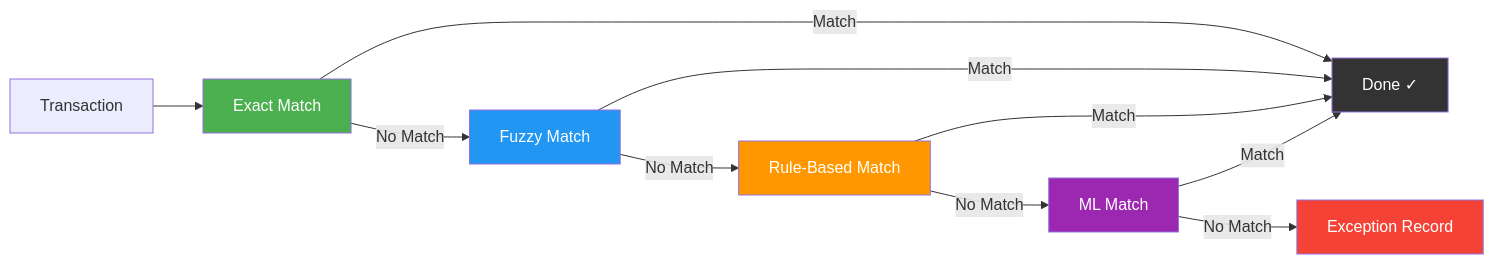
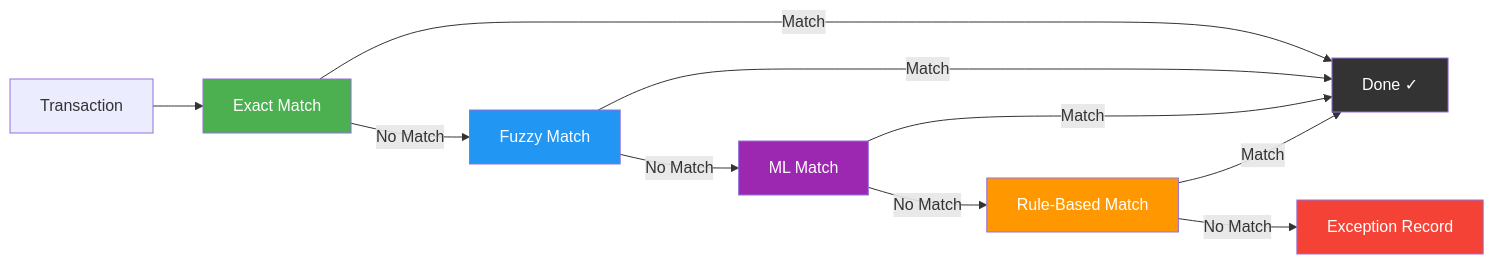
One commit to DynamicKarabo/recon-engine changed the second of 2 diagrams in README.md. Above: the diagram before and after it, drawn with Mermaid. The commit also changed other lines of this file and 4 other files, not shown here.

````diff
--- a/README.md
+++ b/README.md
@@ -165,19 +164,19 @@
 ```mermaid
 flowchart LR
     TX[Transaction] --> EX[Exact Match]
     EX -->|Match| DONE[Done ✓]
     EX -->|No Match| FZ[Fuzzy Match]
     FZ -->|Match| DONE
-    FZ -->|No Match| RB[Rule-Based Match]
+    FZ -->|No Match| ML[ML Match]
+    ML -->|Match| DONE
+    ML -->|No Match| RB[Rule-Based Match]
     RB -->|Match| DONE
-    RB -->|No Match| ML[ML Match]
-    ML -->|Match| DONE
-    ML -->|No Match| EXC[Exception Record]
+    RB -->|No Match| EXC[Exception Record]
 
     style EX fill:#4CAF50,color:#fff
     style FZ fill:#2196F3,color:#fff
+    style ML fill:#9C27B0,color:#fff
     style RB fill:#FF9800,color:#fff
-    style ML fill:#9C27B0,color:#fff
     style EXC fill:#f44336,color:#fff
     style DONE fill:#333,color:#fff
 ```
````
